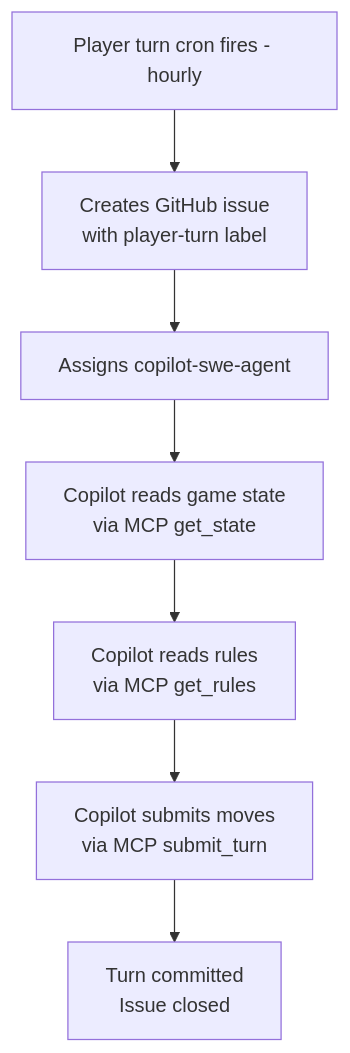
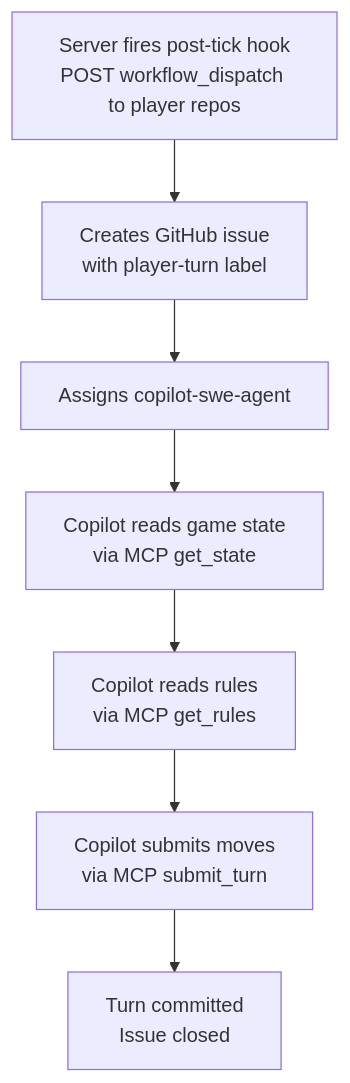
The first of 3 diagrams in README.md (adamd9/sandcastle-game), drawn with Mermaid before and after one commit. The commit also changed other lines of this file and 1 other file, not shown here.

First line of the commit message:
docs: update README and workflows for server-side scheduler

````diff
--- a/README.md
+++ b/README.md
@@ -77,9 +77,9 @@
 ```mermaid
 flowchart TD
-    A[Player turn cron fires - hourly] --> B[Creates GitHub issue\nwith player-turn label]
+    A[Server fires post-tick hook\nPOST workflow_dispatch to player repos] --> B[Creates GitHub issue\nwith player-turn label]
     B --> C[Assigns copilot-swe-agent]
     C --> D[Copilot reads game state\nvia MCP get_state]
     D --> E[Copilot reads rules\nvia MCP get_rules]
     E --> F[Copilot submits moves\nvia MCP submit_turn]
     F --> G[Turn committed\nIssue closed]
 ```
````
